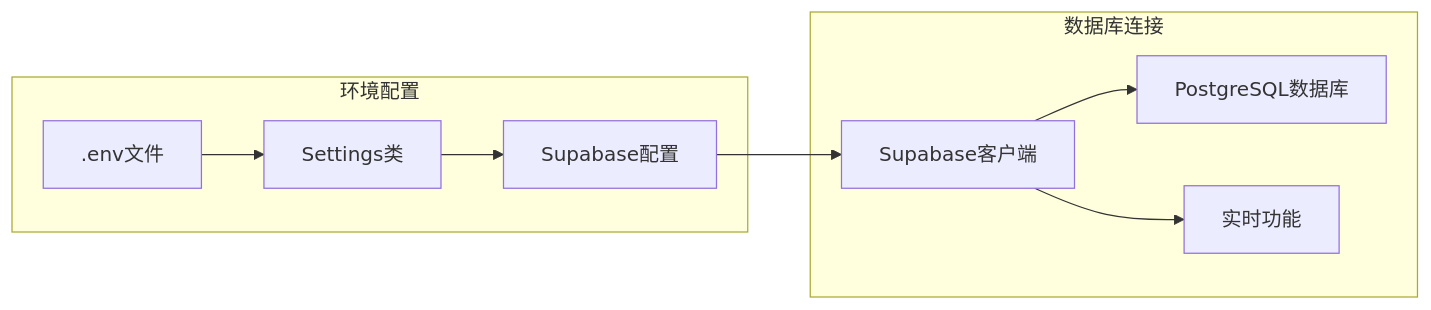
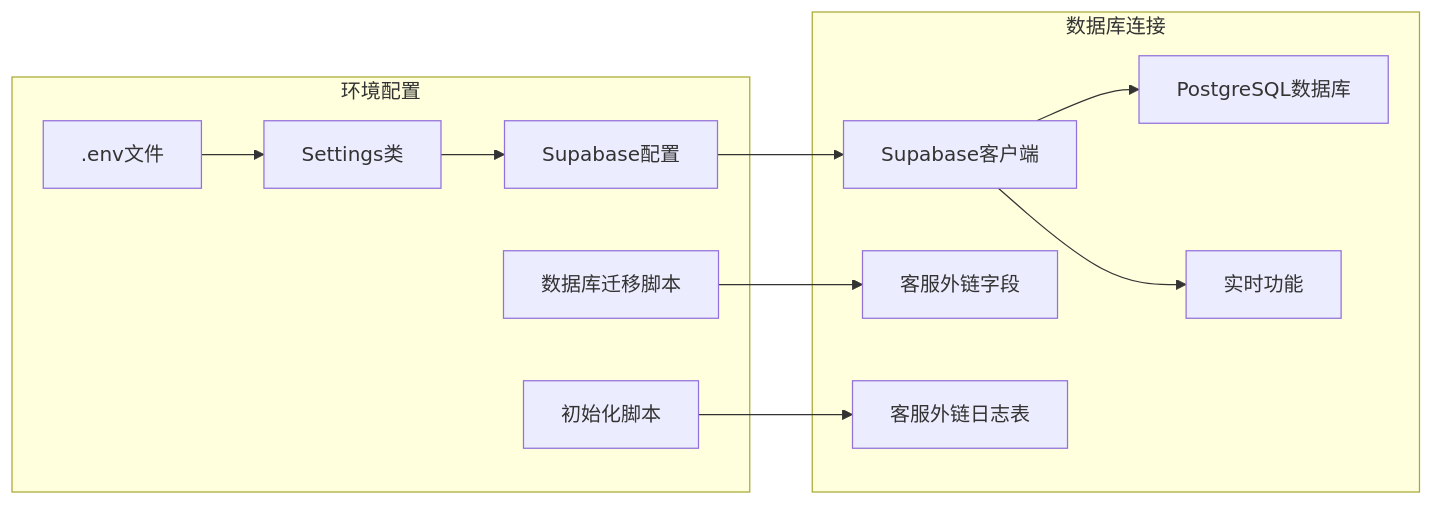
One commit to SY6621/POD-Order-Management changed diagram 13 of 16 in .qoder/repowiki/zh/content/项目概述.md. Above: the diagram before and after it, drawn with Mermaid. The commit also changed other lines of this file and 15 other files, not shown here.

````diff
--- a/.qoder/repowiki/zh/content/项目概述.md
+++ b/.qoder/repowiki/zh/content/项目概述.md
@@ -462,18 +681,24 @@
 ```mermaid
 graph LR
 subgraph "环境配置"
 ENV[.env文件]
 Settings[Settings类]
 SupabaseConfig[Supabase配置]
+MigrationScript[数据库迁移脚本]
+InitScript[初始化脚本]
 end
 subgraph "数据库连接"
 SupabaseClient[Supabase客户端]
 PostgresDB[PostgreSQL数据库]
 Realtime[实时功能]
+ServiceLinkFields[客服外链字段]
+ServiceLinkLogs[客服外链日志表]
 end
 ENV --> Settings
 Settings --> SupabaseConfig
 SupabaseConfig --> SupabaseClient
 SupabaseClient --> PostgresDB
 SupabaseClient --> Realtime
+MigrationScript --> ServiceLinkFields
+InitScript --> ServiceLinkLogs
 ```
````
